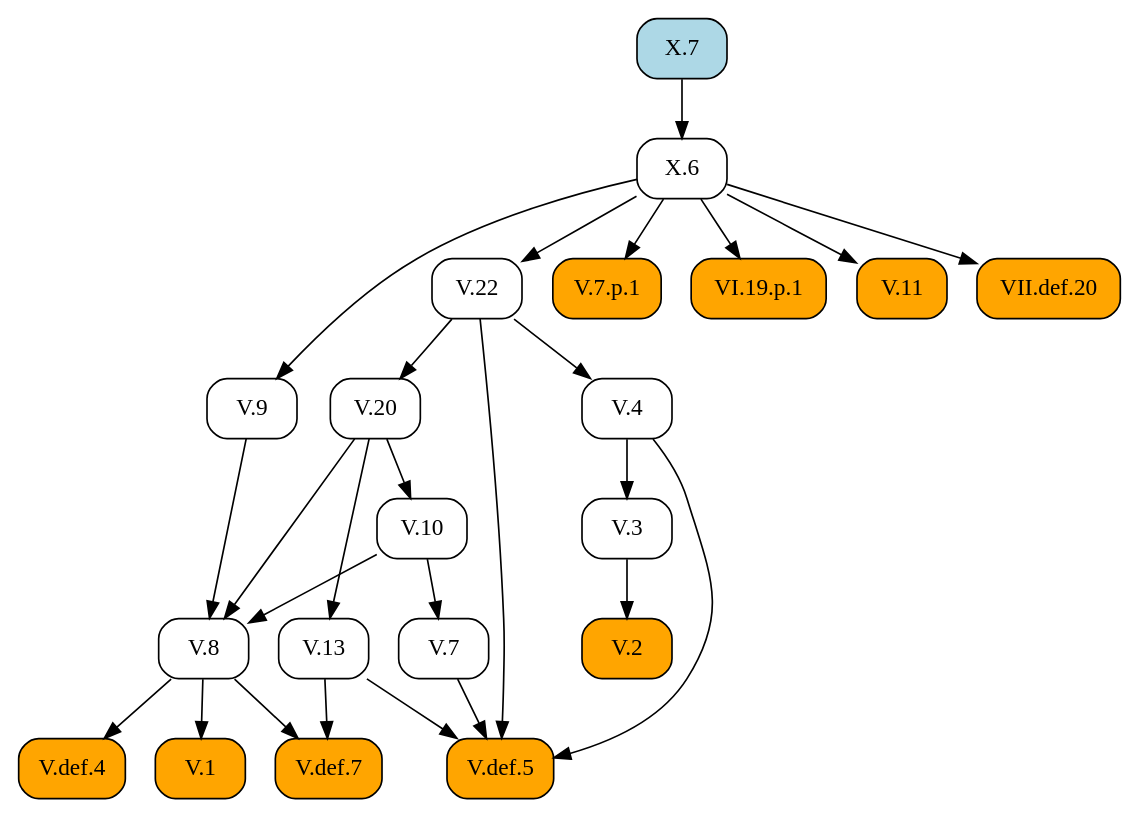
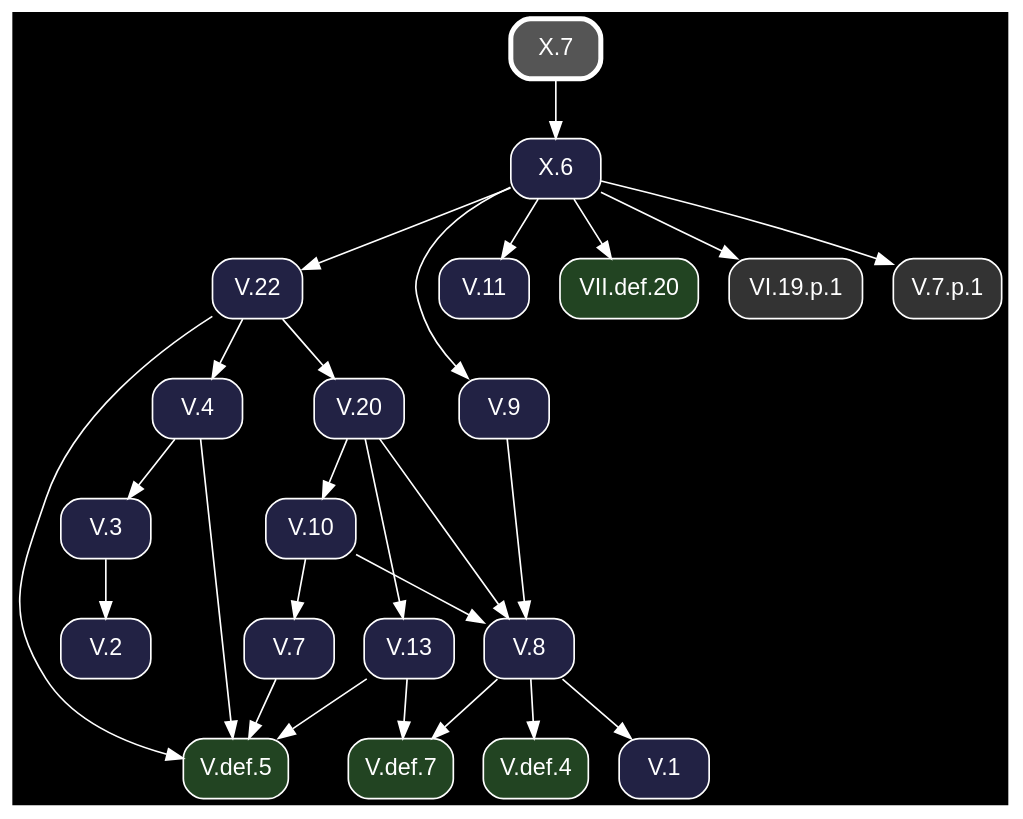
Before and after one commit to geometor/elements: the diagram in docsrc/heath/X/7/index.rst, drawn with Graphviz. The commit also changed other lines of this file and 1200 other files, not shown here.

Commit message:
update dependency graphs

```diff
--- a/docsrc/heath/X/7/index.rst
+++ b/docsrc/heath/X/7/index.rst
@@ -30,51 +30,53 @@
 .. graphviz::
 
    digraph {
+     bgcolor="black";
+     node [shape=box, style="rounded,filled", fontname="Helvetica", color="white", fontcolor="white"];
+     edge [color="white", fontcolor="white"];
      rankdir="TB";
-     node [shape=box, style=rounded];
-     "V.2" [style="rounded,filled", fillcolor=orange, URL="/heath/V/2/", target="_top"];
-     "V.def.7" [style="rounded,filled", fillcolor=orange, URL="/heath/V/def.7/", target="_top"];
-     "V.13" [URL="/heath/V/13/", target="_top"];
-     "V.3" [URL="/heath/V/3/", target="_top"];
-     "V.7" [URL="/heath/V/7/", target="_top"];
-     "V.7.p.1" [style="rounded,filled", fillcolor=orange];
-     "VI.19.p.1" [style="rounded,filled", fillcolor=orange];
-     "V.def.5" [style="rounded,filled", fillcolor=orange, URL="/heath/V/def.5/", target="_top"];
-     "X.6" [URL="/heath/X/6/", target="_top"];
-     "V.9" [URL="/heath/V/9/", target="_top"];
-     "V.8" [URL="/heath/V/8/", target="_top"];
-     "V.10" [URL="/heath/V/10/", target="_top"];
-     "X.7" [style="rounded,filled", fillcolor=lightblue, URL="/heath/X/7/", target="_top"];
-     "V.4" [URL="/heath/V/4/", target="_top"];
-     "V.22" [URL="/heath/V/22/", target="_top"];
-     "V.1" [style="rounded,filled", fillcolor=orange, URL="/heath/V/1/", target="_top"];
-     "V.20" [URL="/heath/V/20/", target="_top"];
-     "V.11" [style="rounded,filled", fillcolor=orange, URL="/heath/V/11/", target="_top"];
-     "VII.def.20" [style="rounded,filled", fillcolor=orange, URL="/heath/VII/def.20/", target="_top"];
-     "V.def.4" [style="rounded,filled", fillcolor=orange, URL="/heath/V/def.4/", target="_top"];
-     "V.3" -> "V.2";
-     "V.8" -> "V.def.7";
-     "V.13" -> "V.def.7";
-     "V.20" -> "V.13";
-     "V.4" -> "V.3";
-     "V.10" -> "V.7";
-     "X.6" -> "V.7.p.1";
-     "X.6" -> "VI.19.p.1";
+     "V.def.5" [fillcolor="#224422", URL="/heath/V/def.5/", target="_top"];
+     "V.22" [fillcolor="#222244", URL="/heath/V/22/", target="_top"];
+     "X.6" [fillcolor="#222244", URL="/heath/X/6/", target="_top"];
+     "V.11" [fillcolor="#222244", URL="/heath/V/11/", target="_top"];
+     "V.def.7" [fillcolor="#224422", URL="/heath/V/def.7/", target="_top"];
+     "V.def.4" [fillcolor="#224422", URL="/heath/V/def.4/", target="_top"];
+     "V.20" [fillcolor="#222244", URL="/heath/V/20/", target="_top"];
+     "VII.def.20" [fillcolor="#224422", URL="/heath/VII/def.20/", target="_top"];
+     "X.7" [penwidth=3, color="white", fillcolor="#555555", URL="/heath/X/7/", target="_top"];
+     "V.2" [fillcolor="#222244", URL="/heath/V/2/", target="_top"];
+     "V.1" [fillcolor="#222244", URL="/heath/V/1/", target="_top"];
+     "VI.19.p.1" [fillcolor="#333333"];
+     "V.4" [fillcolor="#222244", URL="/heath/V/4/", target="_top"];
+     "V.13" [fillcolor="#222244", URL="/heath/V/13/", target="_top"];
+     "V.8" [fillcolor="#222244", URL="/heath/V/8/", target="_top"];
+     "V.7.p.1" [fillcolor="#333333"];
+     "V.7" [fillcolor="#222244", URL="/heath/V/7/", target="_top"];
+     "V.3" [fillcolor="#222244", URL="/heath/V/3/", target="_top"];
+     "V.9" [fillcolor="#222244", URL="/heath/V/9/", target="_top"];
+     "V.10" [fillcolor="#222244", URL="/heath/V/10/", target="_top"];
      "V.4" -> "V.def.5";
      "V.7" -> "V.def.5";
      "V.13" -> "V.def.5";
      "V.22" -> "V.def.5";
+     "X.6" -> "V.22";
      "X.7" -> "X.6";
-     "X.6" -> "V.9";
+     "X.6" -> "V.11";
+     "V.8" -> "V.def.7";
+     "V.13" -> "V.def.7";
+     "V.8" -> "V.def.4";
+     "V.22" -> "V.20";
+     "X.6" -> "VII.def.20";
+     "V.3" -> "V.2";
+     "V.8" -> "V.1";
+     "X.6" -> "VI.19.p.1";
+     "V.22" -> "V.4";
+     "V.20" -> "V.13";
      "V.9" -> "V.8";
      "V.10" -> "V.8";
      "V.20" -> "V.8";
+     "X.6" -> "V.7.p.1";
+     "V.10" -> "V.7";
+     "V.4" -> "V.3";
+     "X.6" -> "V.9";
      "V.20" -> "V.10";
-     "V.22" -> "V.4";
-     "X.6" -> "V.22";
-     "V.8" -> "V.1";
-     "V.22" -> "V.20";
-     "X.6" -> "V.11";
-     "X.6" -> "VII.def.20";
-     "V.8" -> "V.def.4";
    }
```
